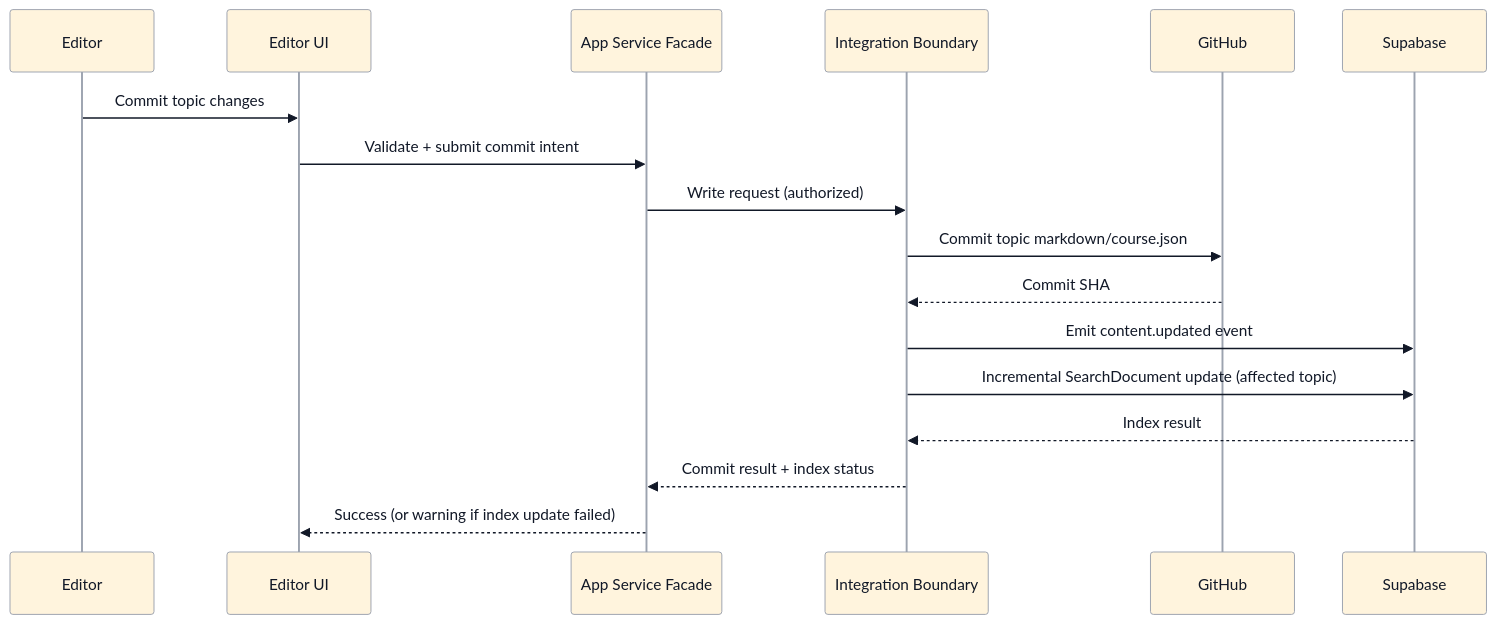
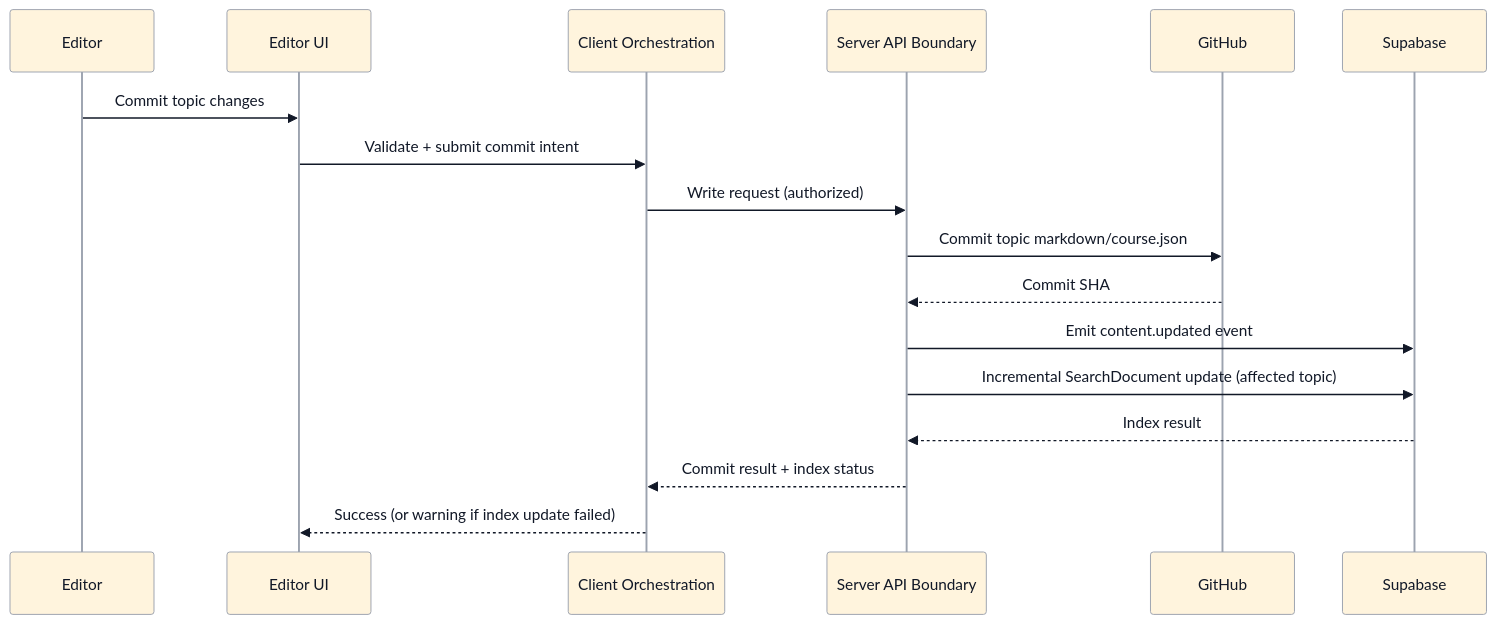
Before and after one commit to leesjensen/masteryls: the fourth of 5 diagrams in specification/architecture-system.md, drawn with Mermaid. The commit also changed other lines of this file and 9 other files, not shown here.

Commit message:
spec: formalize API contracts and server boundary

````diff
--- a/specification/architecture-system.md
+++ b/specification/architecture-system.md
@@ -187,21 +224,21 @@
 ```mermaid
 %%{init: {"theme": "base", "themeVariables": {"background": "#ffffff", "lineColor": "#9ca3af", "primaryBorderColor": "#9ca3af", "secondaryBorderColor": "#9ca3af", "tertiaryBorderColor": "#9ca3af", "clusterBorder": "#9ca3af", "edgeLabelBackground": "#ffffff", "primaryTextColor": "#111827"}}}%%
 sequenceDiagram
   participant E as Editor
   participant UI as Editor UI
-  participant OPS as App Service Facade
-  participant FX as Integration Boundary
+  participant OPS as Client Orchestration
+  participant API as Server API Boundary
   participant GH as GitHub
   participant DB as Supabase
 
   E->>UI: Commit topic changes
   UI->>OPS: Validate + submit commit intent
-  OPS->>FX: Write request (authorized)
-  FX->>GH: Commit topic markdown/course.json
-  GH-->>FX: Commit SHA
-  FX->>DB: Emit content.updated event
-  FX->>DB: Incremental SearchDocument update (affected topic)
-  DB-->>FX: Index result
-  FX-->>OPS: Commit result + index status
+  OPS->>API: Write request (authorized)
+  API->>GH: Commit topic markdown/course.json
+  GH-->>API: Commit SHA
+  API->>DB: Emit content.updated event
+  API->>DB: Incremental SearchDocument update (affected topic)
+  DB-->>API: Index result
+  API-->>OPS: Commit result + index status
   OPS-->>UI: Success (or warning if index update failed)
 ```
````
